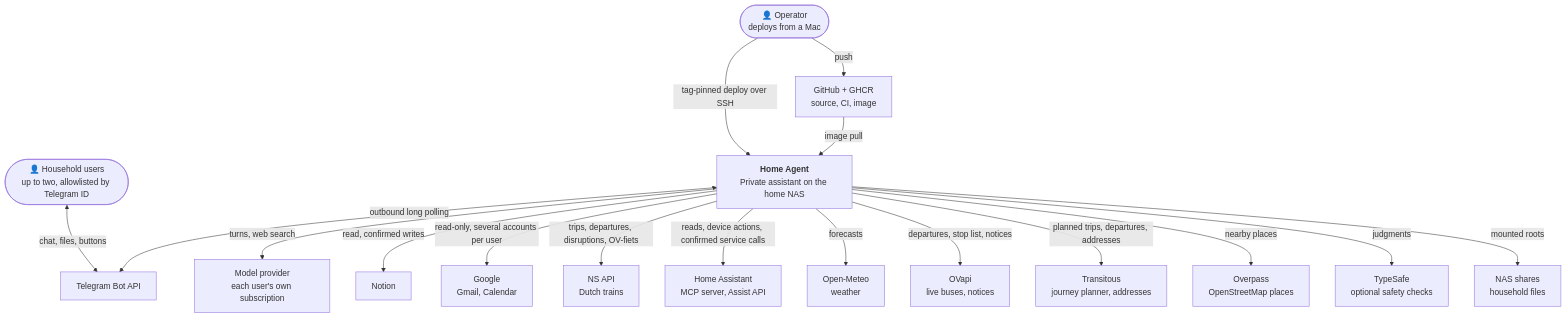
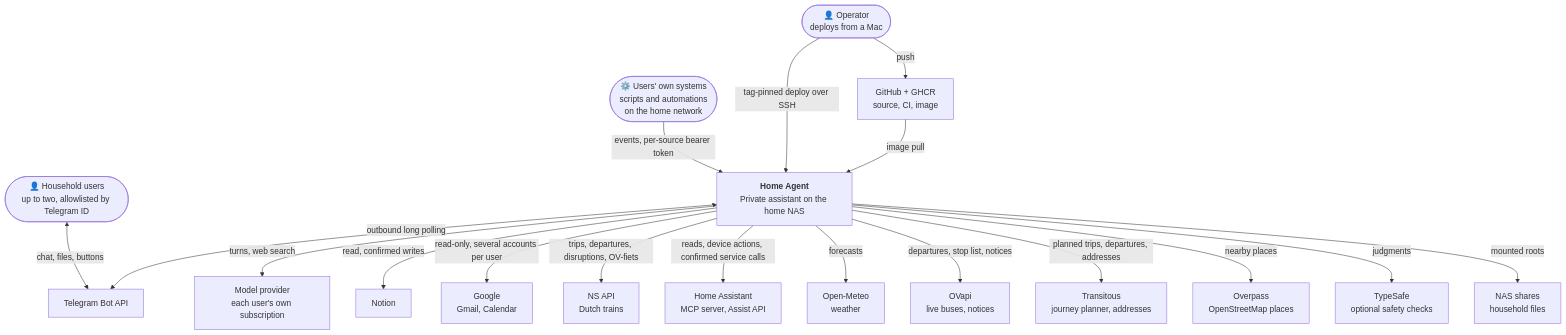
Before and after one commit to vladar107/home-ai-assistant: the first of 3 diagrams in docs/architecture.md, drawn with Mermaid. The commit also changed other lines of this file and 26 other files, not shown here.

First line of the commit message:
feat: let the user's own systems message them through event sources

````diff
--- a/docs/architecture.md
+++ b/docs/architecture.md
@@ -9,38 +9,40 @@
 ```mermaid
 flowchart TB
     users(["👤 Household users<br/>up to two, allowlisted by Telegram ID"])
     operator(["👤 Operator<br/>deploys from a Mac"])
+    systems(["⚙️ Users' own systems<br/>scripts and automations<br/>on the home network"])
 
     agent["<b>Home Agent</b><br/>Private assistant on the home NAS"]
 
     telegram["Telegram Bot API"]
     model["Model provider<br/>each user's own subscription"]
     notion["Notion"]
     google["Google<br/>Gmail, Calendar"]
     ns["NS API<br/>Dutch trains"]
     ha["Home Assistant<br/>MCP server, Assist API"]
     meteo["Open-Meteo<br/>weather"]
     ovapi["OVapi<br/>live buses, notices"]
     transitous["Transitous<br/>journey planner, addresses"]
     overpass["Overpass<br/>OpenStreetMap places"]
     typesafe["TypeSafe<br/>optional safety checks"]
     nasfiles["NAS shares<br/>household files"]
     ghcr["GitHub + GHCR<br/>source, CI, image"]
 
     users <-->|chat, files, buttons| telegram
     agent <-->|outbound long polling| telegram
     agent -->|turns, web search| model
     agent -->|read, confirmed writes| notion
     agent -->|read-only, several accounts per user| google
     agent -->|trips, departures, disruptions, OV-fiets| ns
     agent -->|reads, device actions, confirmed service calls| ha
     agent -->|forecasts| meteo
     agent -->|departures, stop list, notices| ovapi
     agent -->|planned trips, departures, addresses| transitous
     agent -->|nearby places| overpass
     agent -->|judgments| typesafe
     agent -->|mounted roots| nasfiles
+    systems -->|events, per-source bearer token| agent
     operator -->|push| ghcr
     operator -->|tag-pinned deploy over SSH| agent
     ghcr -->|image pull| agent
 ```
````
